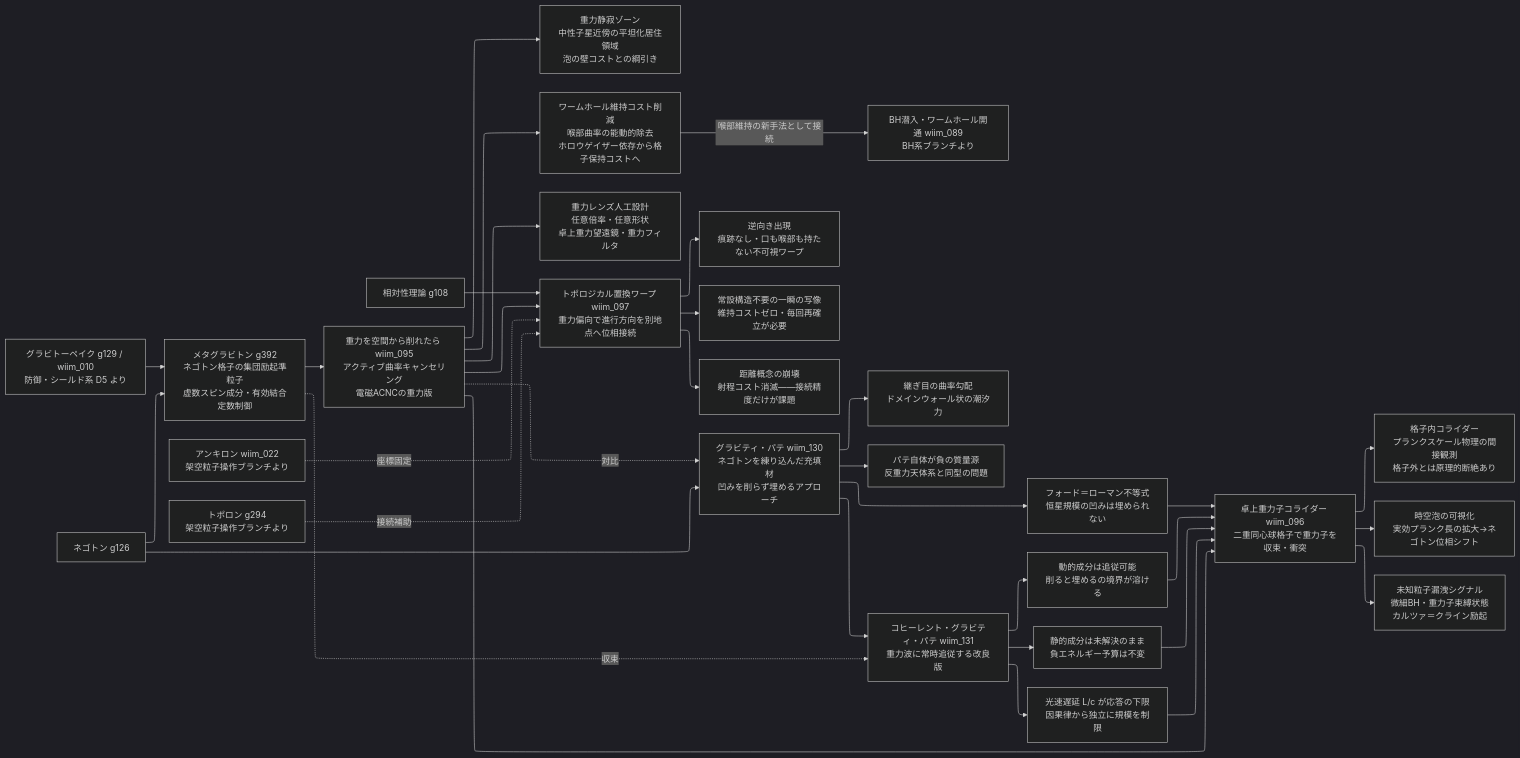
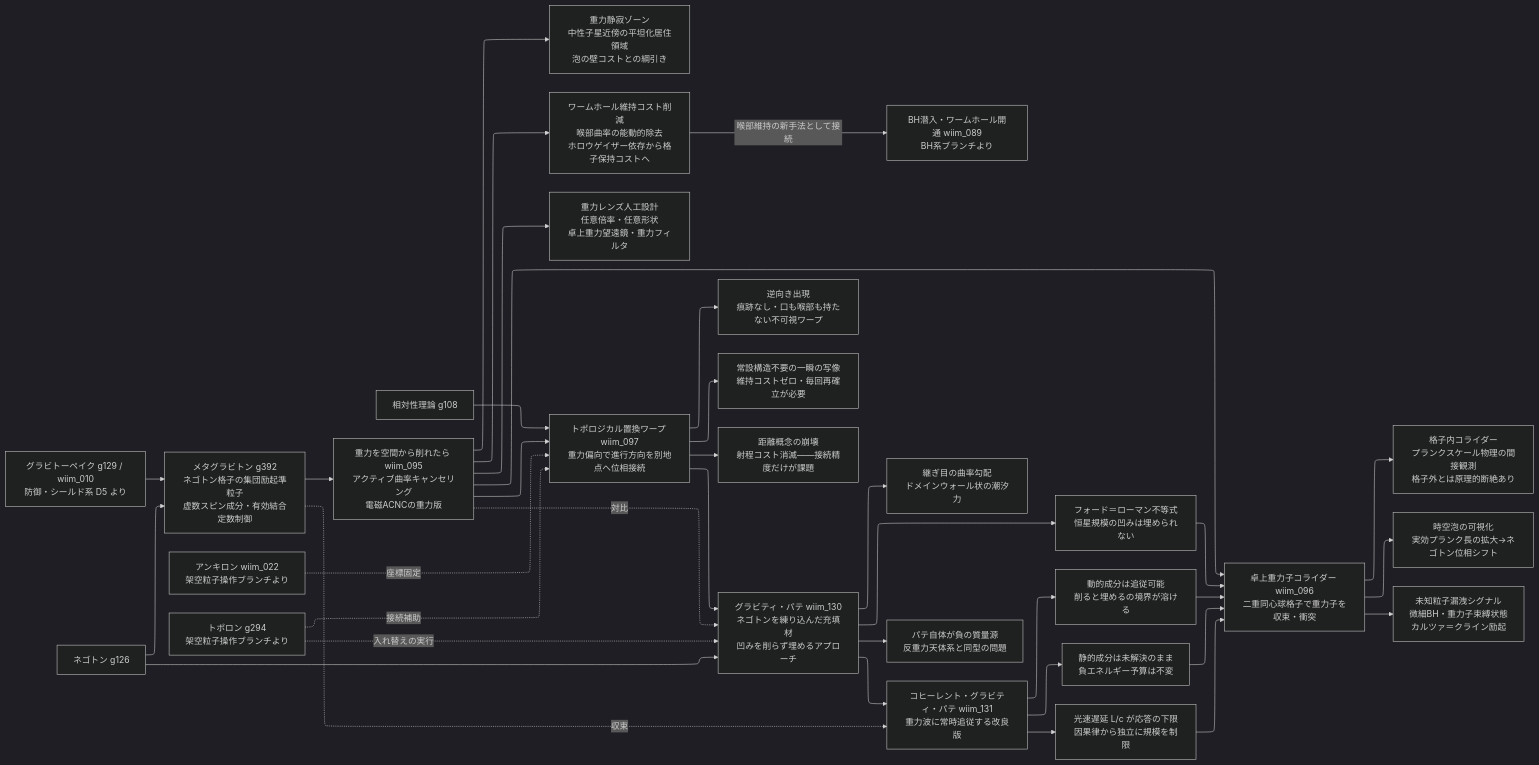
Before and after one commit to theronium/WhatIfImpossible: the diagram in docs/notes/tech_tree_metagraviton.md, drawn with Mermaid (dark theme). The commit also changed other lines of this file and 26 other files, not shown here.

````diff
--- a/docs/notes/tech_tree_metagraviton.md
+++ b/docs/notes/tech_tree_metagraviton.md
@@ -16,49 +16,53 @@
 ```mermaid
 %%{init: {"layout": "elk"}}%%
 flowchart LR
     MG0A[グラビトーペイク g129 / wiim_010\n防御・シールド系 D5 より]
     MG0B[ネゴトン g126]
     MG0C[相対性理論 g108]
 
     MG0B --> MG1[メタグラビトン g392\nネゴトン格子の集団励起準粒子\n虚数スピン成分・有効結合定数制御]
     MG0A --> MG1
 
     MG1 --> MG2[重力を空間から削れたら wiim_095\nアクティブ曲率キャンセリング\n電磁ACNCの重力版]
 
     MG2 --> MG3[重力静寂ゾーン\n中性子星近傍の平坦化居住領域\n泡の壁コストとの綱引き]
     MG2 --> MG4[ワームホール維持コスト削減\n喉部曲率の能動的除去\nホロウゲイザー依存から格子保持コストへ]
     MG2 --> MG5[重力レンズ人工設計\n任意倍率・任意形状\n卓上重力望遠鏡・重力フィルタ]
 
     MG4 -->|喉部維持の新手法として接続| WB_ref[BH潜入・ワームホール開通 wiim_089\nBH系ブランチより]
 
     MG2 --> MG6[卓上重力子コライダー wiim_096\n二重同心球格子で重力子を収束・衝突]
     MG6 --> MG7[格子内コライダー\nプランクスケール物理の間接観測\n格子外とは原理的断絶あり]
     MG6 --> MG8[時空泡の可視化\n実効プランク長の拡大→ネゴトン位相シフト]
     MG6 --> MG9[未知粒子漏洩シグナル\n微細BH・重力子束縛状態\nカルツァ＝クライン励起]
 
     MG2 --> MG10[トポロジカル置換ワープ wiim_097\n重力偏向で進行方向を別地点へ位相接続]
     MG0C --> MG10
     MG_ANC[アンキロン wiim_022\n架空粒子操作ブランチより] -.座標固定.-> MG10
     MG_TOP[トポロン g294\n架空粒子操作ブランチより] -.接続補助.-> MG10
 
     MG10 --> MG11[逆向き出現\n痕跡なし・口も喉部も持たない不可視ワープ]
     MG10 --> MG12[常設構造不要の一瞬の写像\n維持コストゼロ・毎回再確立が必要]
     MG10 --> MG13[距離概念の崩壊\n射程コスト消滅——接続精度だけが課題]
+    MG10 --> MG14[トポロジカルトランスレーション wiim_149
+空間の領域どうしを入れ替える
+重なりが原理的に起きない壁抜け]
+    MG_TOP -.入れ替えの実行.-> MG14
 
     MG0B --> MG14[グラビティ・パテ wiim_130\nネゴトンを練り込んだ充填材\n凹みを削らず埋めるアプローチ]
     MG2 -.対比.-> MG14
 
     MG14 --> MG15[継ぎ目の曲率勾配\nドメインウォール状の潮汐力]
     MG14 --> MG16[パテ自体が負の質量源\n反重力天体系と同型の問題]
     MG14 --> MG17[フォード＝ローマン不等式\n恒星規模の凹みは埋められない]
     MG17 --> MG6
 
     MG14 --> MG18[コヒーレント・グラビティ・パテ wiim_131\n重力波に常時追従する改良版]
     MG1 -.収束.-> MG18
     MG18 --> MG19[動的成分は追従可能\n削ると埋めるの境界が溶ける]
     MG18 --> MG20[静的成分は未解決のまま\n負エネルギー予算は不変]
     MG18 --> MG21[光速遅延 L/c が応答の下限\n因果律から独立に規模を制限]
     MG19 --> MG6
     MG20 --> MG6
     MG21 --> MG6
 ```
````
